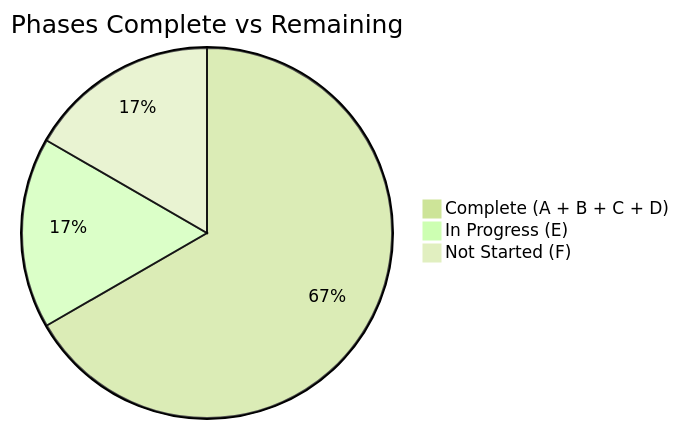
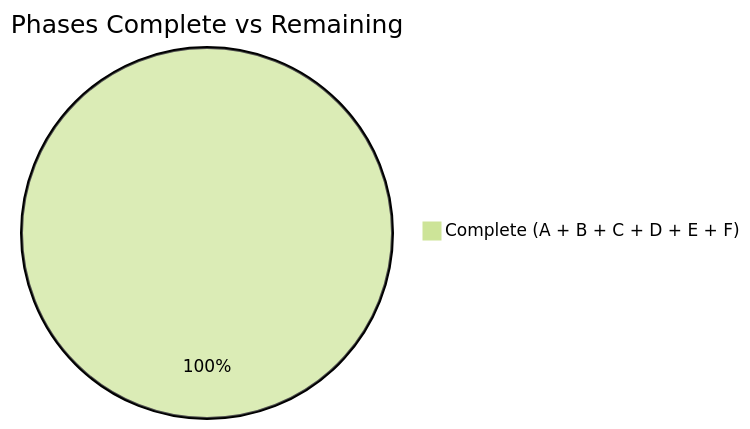
One commit to MoaminShikha/student-expense-tracker changed the second of 25 diagrams in Docs/stage1_implementation_status.md. Above: the diagram before and after it, drawn with Mermaid (forest theme). The commit also changed other lines of this file, not shown here.

````diff
--- a/Docs/stage1_implementation_status.md
+++ b/Docs/stage1_implementation_status.md
@@ -52,6 +52,4 @@
 ```mermaid
 pie title Phases Complete vs Remaining
-    "Complete (A + B + C + D)" : 4
-    "In Progress (E)" : 1
-    "Not Started (F)" : 1
+    "Complete (A + B + C + D + E + F)" : 6
 ```
````
